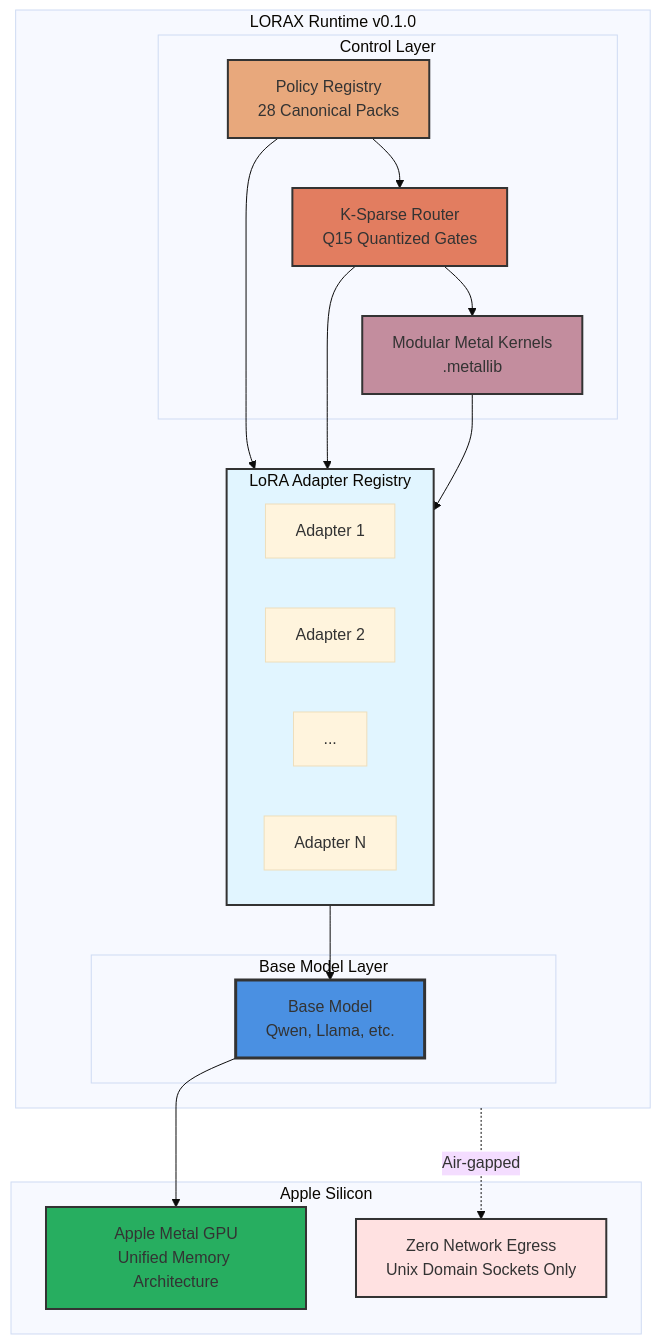
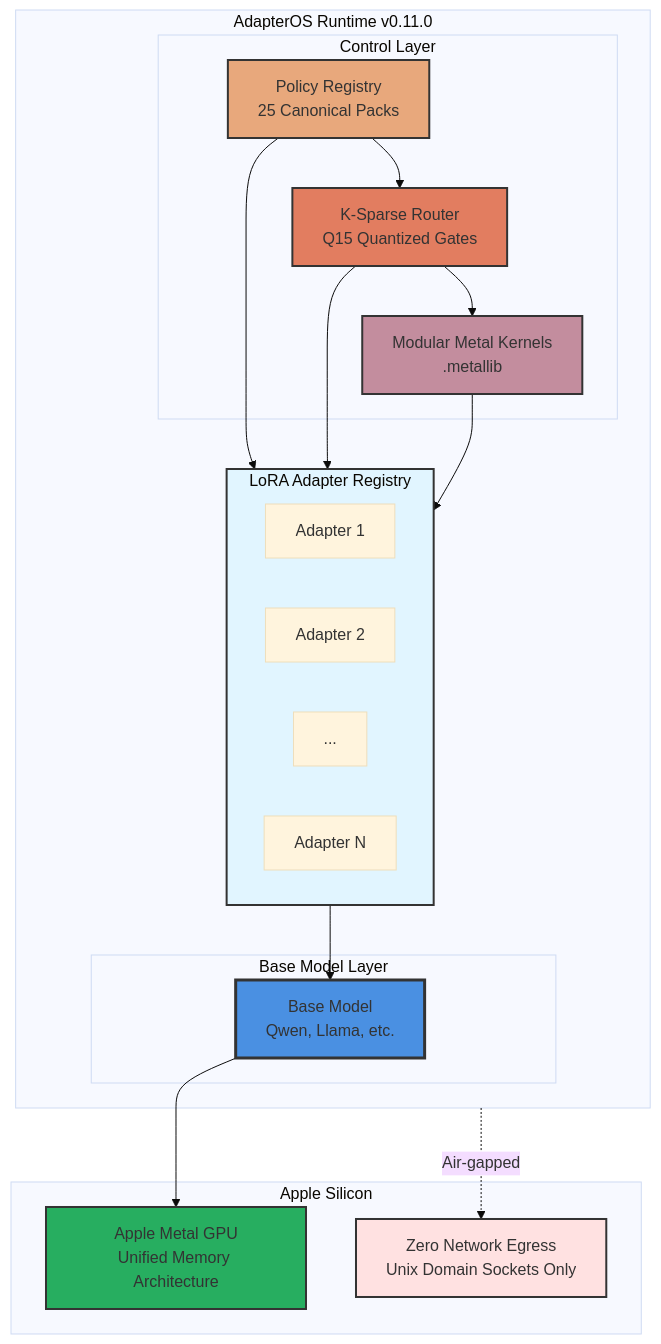
The diagram in README.md (rogu3bear/adapter-os), drawn with Mermaid (base theme) before and after one commit. The commit also changed other lines of this file and 908 other files, not shown here.

````diff
--- a/README.md
+++ b/README.md
@@ -51,46 +59,46 @@
 ```mermaid
 graph TB
-    subgraph Runtime[LORAX Runtime v0.1.0]
+    subgraph Runtime[AdapterOS Runtime v0.11.0]
         subgraph Control[Control Layer]
-            Policy[Policy Registry<br/>28 Canonical Packs]
+            Policy[Policy Registry<br/>25 Canonical Packs]
             Router[K-Sparse Router<br/>Q15 Quantized Gates]
             Kernels[Modular Metal Kernels<br/>.metallib]
         end
 
         subgraph Registry[LoRA Adapter Registry]
             A1[Adapter 1]
             A2[Adapter 2]
             A3[...]
             AN[Adapter N]
         end
 
         subgraph Model[Base Model Layer]
             BaseModel[Base Model<br/>Qwen, Llama, etc.]
         end
 
         Policy --> Router
         Router --> Kernels
 
         Policy --> Registry
         Router --> Registry
         Kernels --> Registry
 
         Registry --> BaseModel
     end
 
     subgraph Hardware[Apple Silicon]
         GPU[Apple Metal GPU<br/>Unified Memory Architecture]
         Network[Zero Network Egress<br/>Unix Domain Sockets Only]
     end
 
     BaseModel --> GPU
     Runtime -.->|Air-gapped| Network
 
     style Policy fill:#e8a87c,stroke:#333,stroke-width:2px
     style Router fill:#e27d60,stroke:#333,stroke-width:2px
     style Kernels fill:#c38d9e,stroke:#333,stroke-width:2px
     style Registry fill:#e1f5ff,stroke:#333,stroke-width:2px
     style BaseModel fill:#4a90e2,stroke:#333,stroke-width:3px
     style GPU fill:#27ae60,stroke:#333,stroke-width:2px
     style Network fill:#ffe1e1,stroke:#333,stroke-width:2px
 ```
````
